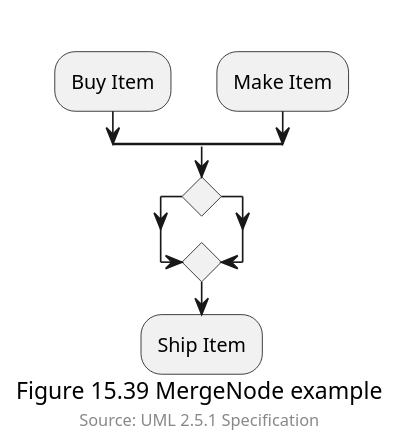
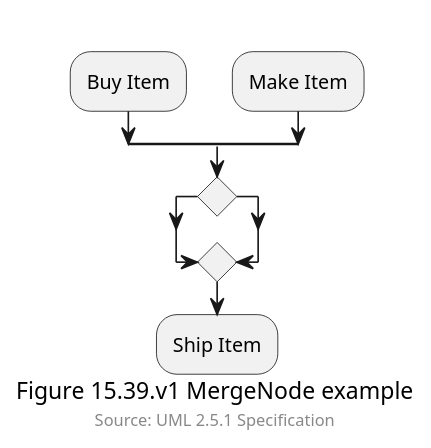
One commit to masmangan/uml-activity-object-flow changed the diagram in figure-15-39-v1.puml. Above: the diagram before and after it, drawn with PlantUML. The commit also changed 1 other file, not shown here.

Commit message:
change caption message

```diff
--- a/figure-15-39-v1.puml
+++ b/figure-15-39-v1.puml
@@ -1,15 +1,15 @@
 @startuml
 split
    -[hidden]->
    :Buy Item;
 split again
    -[hidden]->
    :Make Item;
 end split
 if () then
 endif
 :Ship Item;
 
-caption Figure 15.39 MergeNode example
+caption Figure 15.39.v1 MergeNode example
 footer Source: UML 2.5.1 Specification
 @enduml
```
